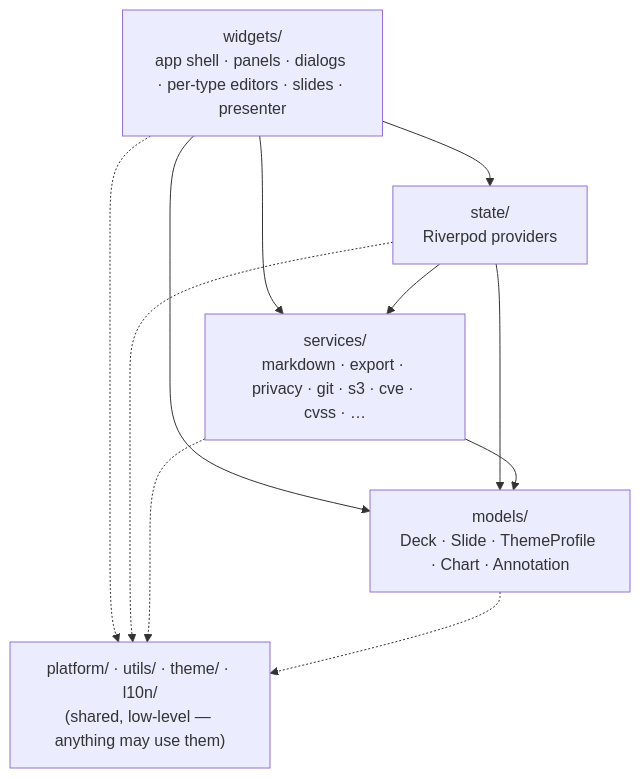
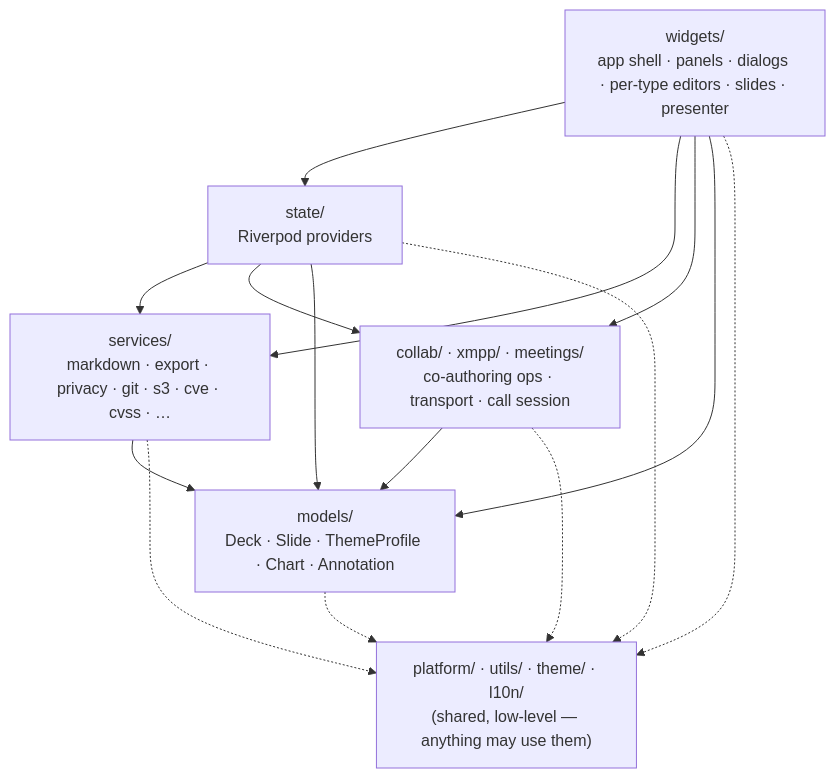
The second of 12 diagrams in docs/ARCHITECTURE.md (brennodewinter/Ocideck), drawn with Mermaid before and after one commit. The commit also changed other lines of this file and 16 other files, not shown here.

````diff
--- a/docs/ARCHITECTURE.md
+++ b/docs/ARCHITECTURE.md
@@ -182,20 +211,25 @@
 ```mermaid
 flowchart TD
     widgets["widgets/<br/>app shell · panels · dialogs · per-type editors · slides · presenter"]
     state["state/<br/>Riverpod providers"]
     services["services/<br/>markdown · export · privacy · git · s3 · cve · cvss · …"]
+    live["collab/ · xmpp/ · meetings/<br/>co-authoring ops · transport · call session"]
     models["models/<br/>Deck · Slide · ThemeProfile · Chart · Annotation"]
     shared["platform/ · utils/ · theme/ · l10n/<br/>(shared, low-level — anything may use them)"]
 
     widgets --> state
     widgets --> services
+    widgets --> live
     widgets --> models
     state --> services
+    state --> live
     state --> models
     services --> models
+    live --> models
 
     widgets -.-> shared
     state -.-> shared
     services -.-> shared
+    live -.-> shared
     models -.-> shared
 ```
````
